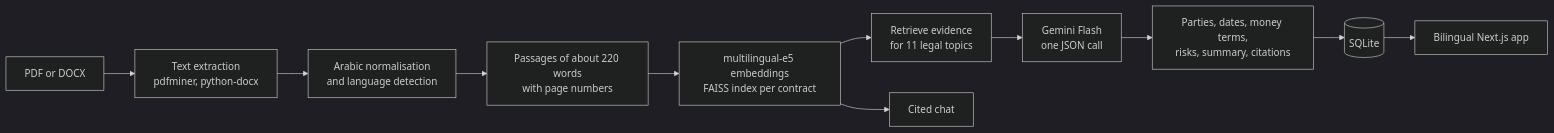
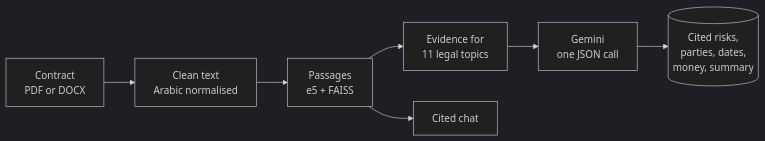
Before and after one commit to anasrustom/Klara: the diagram in README.md, drawn with Mermaid (dark theme). The commit also changed other lines of this file, not shown here.

Commit message:
README: readable pipeline diagram, plain team table, ASCII badge

````diff
--- a/README.md
+++ b/README.md
@@ -90,13 +90,9 @@
 ```mermaid
 flowchart LR
-    A[PDF or DOCX] --> B[Text extraction<br>pdfminer, python-docx]
-    B --> C[Arabic normalisation<br>and language detection]
-    C --> D[Passages of about 220 words<br>with page numbers]
-    D --> E[multilingual-e5 embeddings<br>FAISS index per contract]
-    E --> F[Retrieve evidence<br>for 11 legal topics]
-    F --> G[Gemini Flash<br>one JSON call]
-    G --> H[Parties, dates, money terms,<br>risks, summary, citations]
-    H --> I[(SQLite)]
-    I --> J[Bilingual Next.js app]
-    E --> K[Cited chat]
+    A[Contract<br>PDF or DOCX] --> B[Clean text<br>Arabic normalised]
+    B --> C[Passages<br>e5 + FAISS]
+    C --> D[Evidence for<br>11 legal topics]
+    D --> E[Gemini<br>one JSON call]
+    E --> F[(Cited risks,<br>parties, dates,<br>money, summary)]
+    C --> G[Cited chat]
 ```
````
